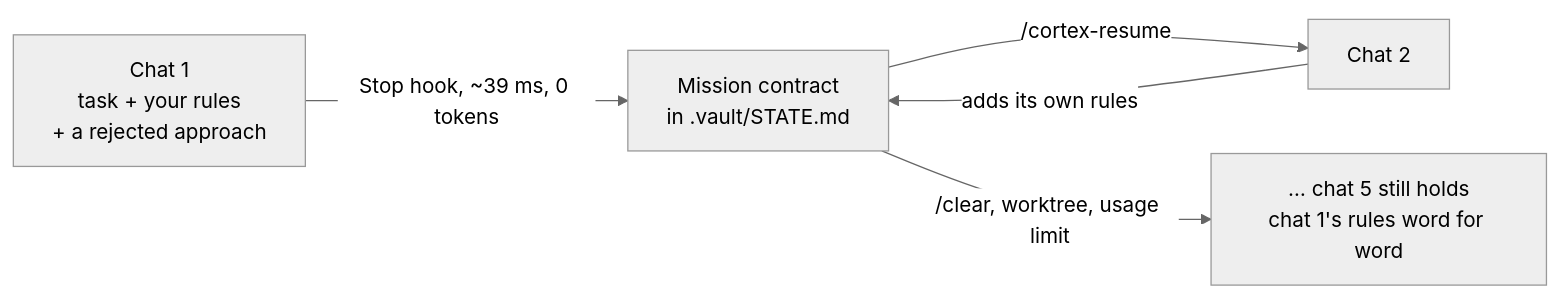
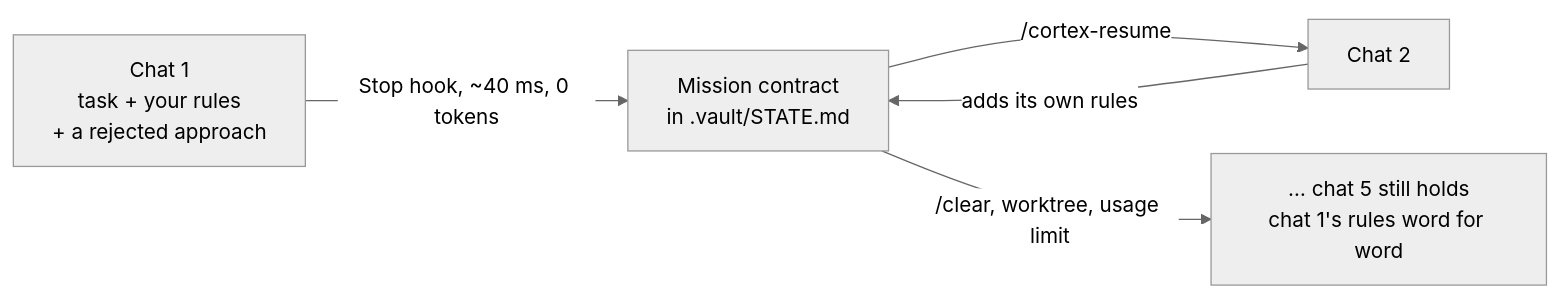
Before and after one commit to kafilcodes/kapex-cortex: the diagram in README.md, drawn with Mermaid (neutral theme). The commit also changed other lines of this file and 24 other files, not shown here.

````diff
--- a/README.md
+++ b/README.md
@@ -63,7 +63,7 @@
 ```mermaid
 flowchart LR
-    C1["Chat 1<br/>task + your rules<br/>+ a rejected approach"] -->|Stop hook, ~39 ms, 0 tokens| K["Mission contract<br/>in .vault/STATE.md"]
+    C1["Chat 1<br/>task + your rules<br/>+ a rejected approach"] -->|Stop hook, ~40 ms, 0 tokens| K["Mission contract<br/>in .vault/STATE.md"]
     K -->|/cortex-resume| C2["Chat 2"]
     C2 -->|adds its own rules| K
     K -->|/clear, worktree, usage limit| C5["… chat 5 still holds<br/>chat 1's rules word for word"]
 ```
````
